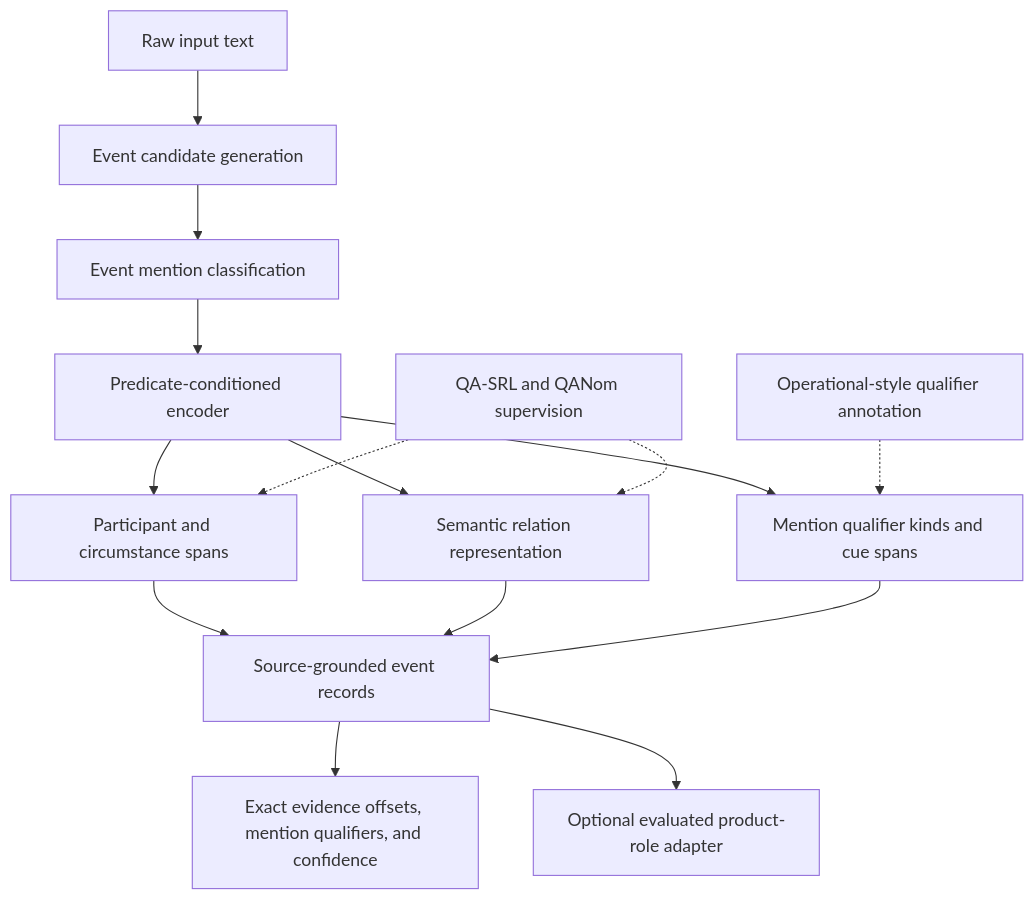
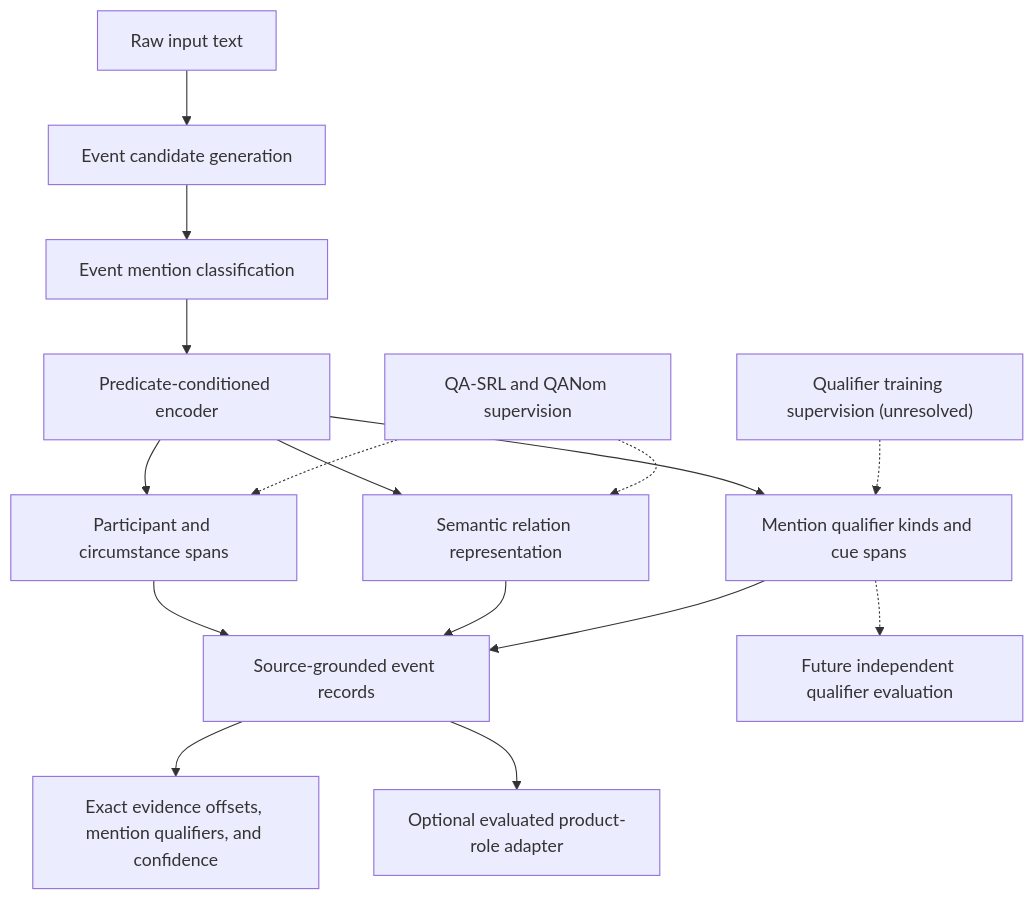
One commit to ayo-aa/semantic-action-extractor changed the first of 2 diagrams in README.md. Above: the diagram before and after it, drawn with Mermaid. The commit also changed other lines of this file and 11 other files, not shown here.

````diff
--- a/README.md
+++ b/README.md
@@ -97,17 +97,18 @@
 ```mermaid
 flowchart TB
     A["Raw input text"] --> B["Event candidate generation"]
     B --> C["Event mention classification"]
     C --> D["Predicate-conditioned encoder"]
     D --> E["Participant and circumstance spans"]
     D --> F["Semantic relation representation"]
     D --> J["Mention qualifier kinds and cue spans"]
     Q["QA-SRL and QANom supervision"] -.-> E
     Q -.-> F
-    R["Operational-style qualifier annotation"] -.-> J
+    S["Qualifier training supervision (unresolved)"] -.-> J
     E --> G["Source-grounded event records"]
     F --> G
     J --> G
+    J -.-> R["Future independent qualifier evaluation"]
     G --> H["Exact evidence offsets, mention qualifiers, and confidence"]
     G --> I["Optional evaluated product-role adapter"]
 ```
````
